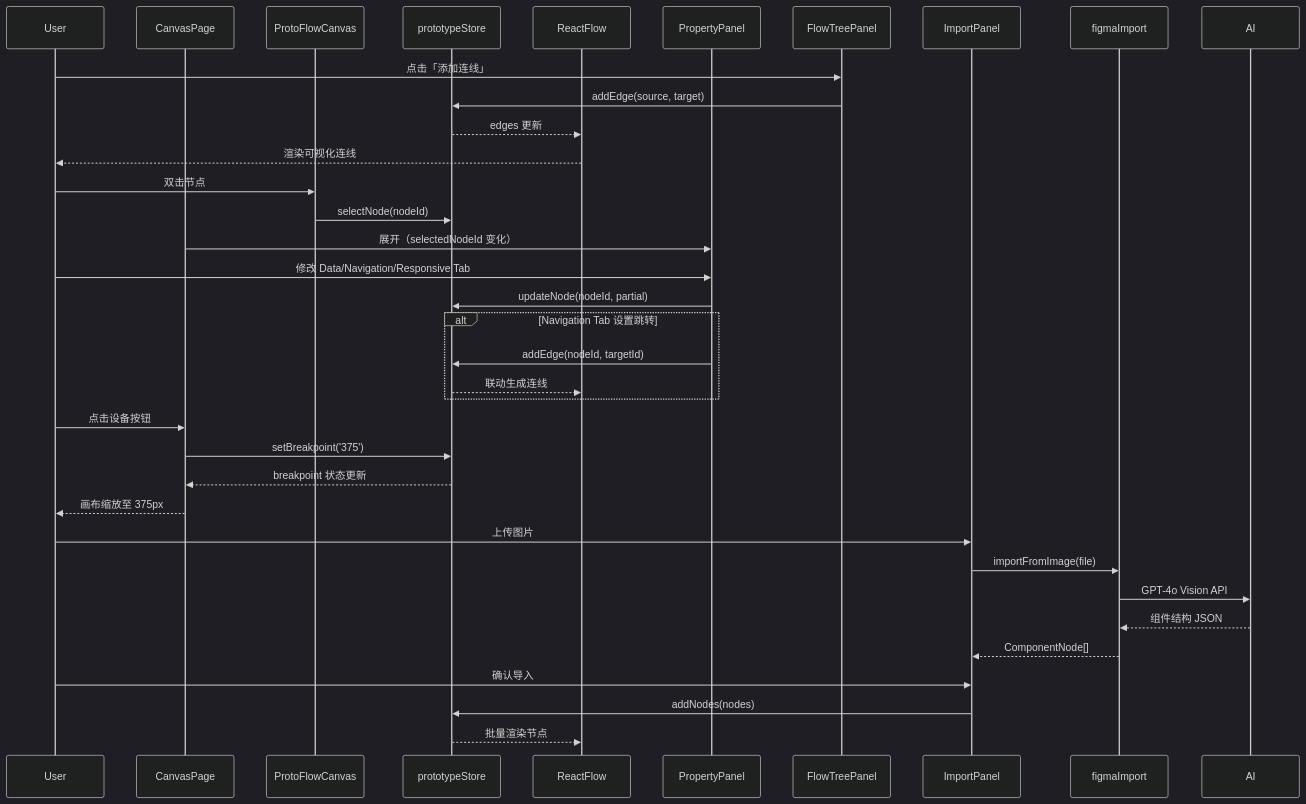
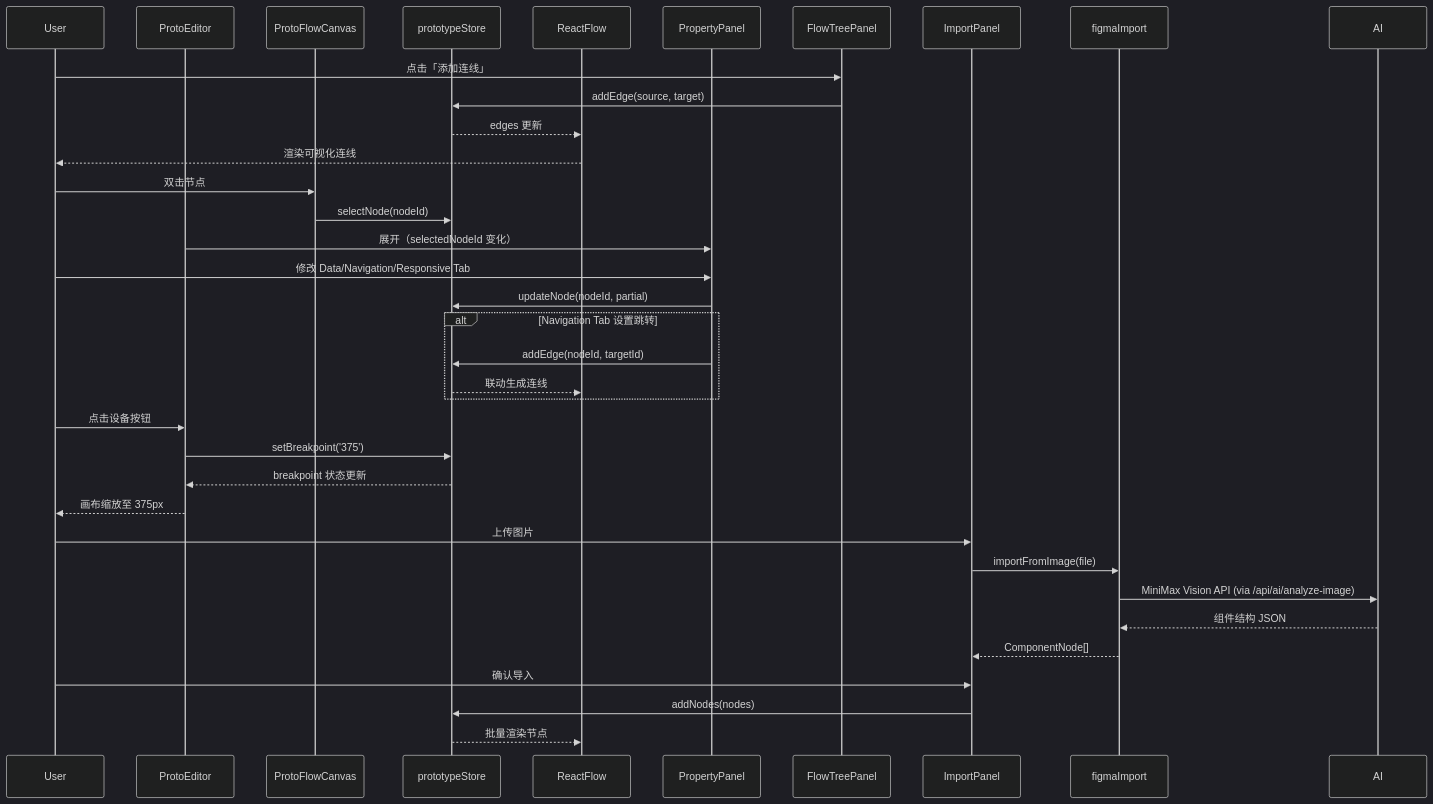
Before and after one commit to MMXC/vibex: the second of 3 diagrams in docs/vibex-sprint3-prototype-extend/architecture.md, drawn with Mermaid (dark theme). The commit also changed other lines of this file and 1 other file, not shown here.

Commit message:
docs(sprint3): E4 使用 MiniMax（复用 llm-provider.ts）+ 修正文件名引用

````diff
--- a/docs/vibex-sprint3-prototype-extend/architecture.md
+++ b/docs/vibex-sprint3-prototype-extend/architecture.md
@@ -114,47 +114,47 @@
 ```mermaid
 sequenceDiagram
     participant User
-    participant CanvasPage
+    participant ProtoEditor
     participant ProtoFlowCanvas
     participant prototypeStore
     participant ReactFlow
     participant PropertyPanel
     participant FlowTreePanel
     participant ImportPanel
     participant figmaImport
 
     %% E1: 添加连线
     User->>FlowTreePanel: 点击「添加连线」
     FlowTreePanel->>prototypeStore: addEdge(source, target)
     prototypeStore-->>ReactFlow: edges 更新
     ReactFlow-->>User: 渲染可视化连线
 
     %% E2: 属性面板
     User->>ProtoFlowCanvas: 双击节点
     ProtoFlowCanvas->>prototypeStore: selectNode(nodeId)
-    CanvasPage->>PropertyPanel: 展开（selectedNodeId 变化）
+    ProtoEditor->>PropertyPanel: 展开（selectedNodeId 变化）
     User->>PropertyPanel: 修改 Data/Navigation/Responsive Tab
     PropertyPanel->>prototypeStore: updateNode(nodeId, partial)
 
     %% E2 → E1 联动
     alt Navigation Tab 设置跳转
         PropertyPanel->>prototypeStore: addEdge(nodeId, targetId)
         prototypeStore-->>ReactFlow: 联动生成连线
     end
 
     %% E3: 断点切换
-    User->>CanvasPage: 点击设备按钮
-    CanvasPage->>prototypeStore: setBreakpoint('375')
-    prototypeStore-->>CanvasPage: breakpoint 状态更新
-    CanvasPage-->>User: 画布缩放至 375px
+    User->>ProtoEditor: 点击设备按钮
+    ProtoEditor->>prototypeStore: setBreakpoint('375')
+    prototypeStore-->>ProtoEditor: breakpoint 状态更新
+    ProtoEditor-->>User: 画布缩放至 375px
 
     %% E4: AI 导入
     User->>ImportPanel: 上传图片
     ImportPanel->>figmaImport: importFromImage(file)
-    figmaImport->>AI: GPT-4o Vision API
+    figmaImport->>AI: MiniMax Vision API (via /api/ai/analyze-image)
     AI-->>figmaImport: 组件结构 JSON
     figmaImport-->>ImportPanel: ComponentNode[]
     User->>ImportPanel: 确认导入
     ImportPanel->>prototypeStore: addNodes(nodes)
     prototypeStore-->>ReactFlow: 批量渲染节点
 ```
````
